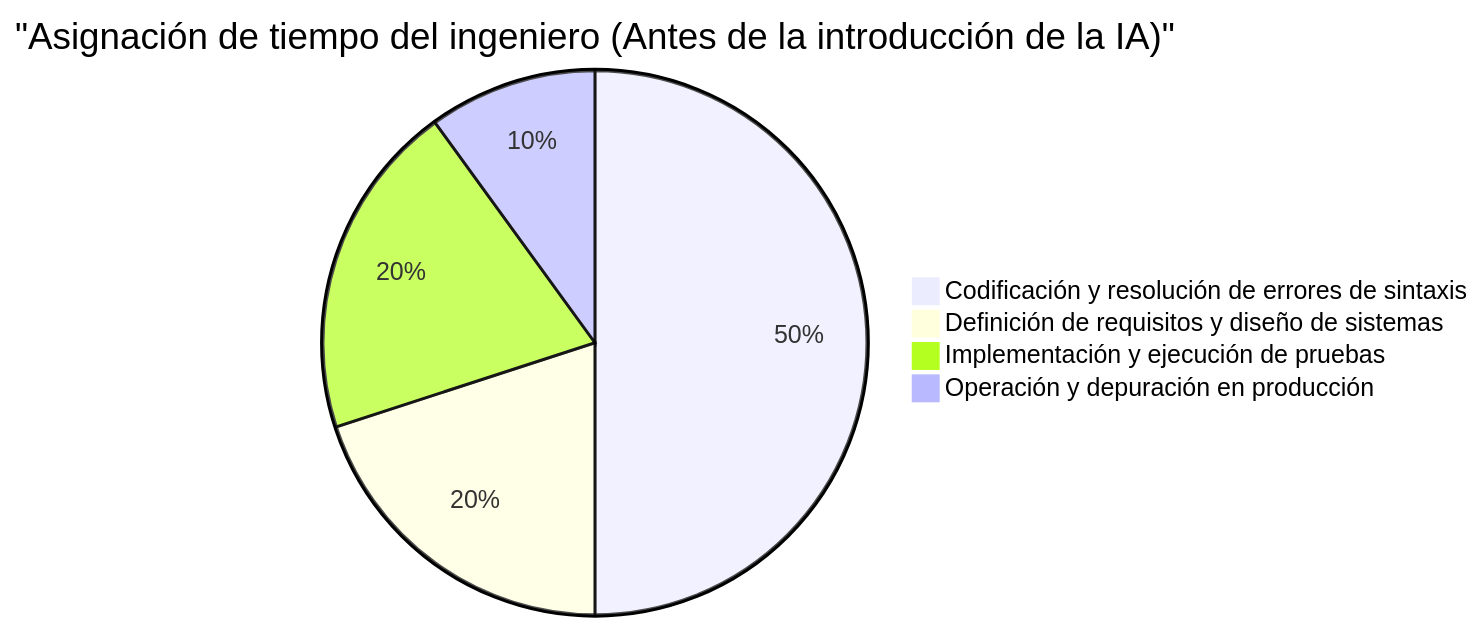
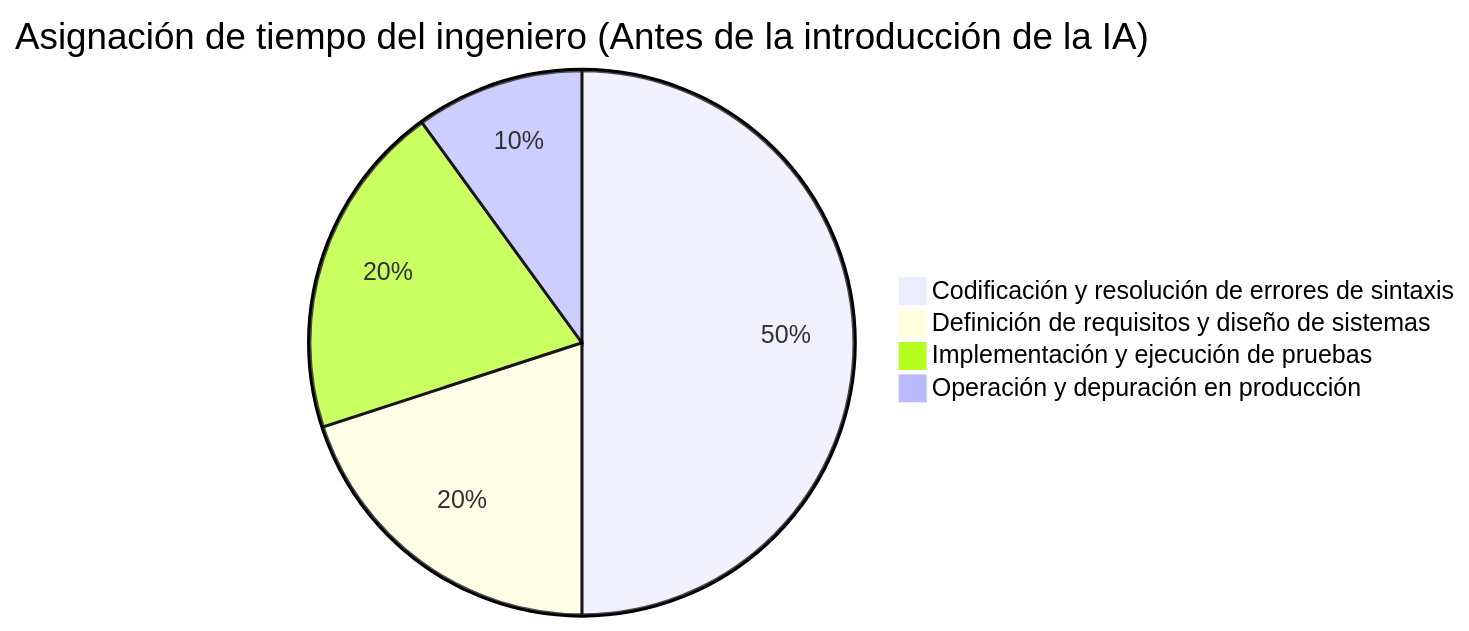
One commit to kenjinote/blog changed the third of 4 diagrams in content/post/human_engineer_skills/index.es.md. Above: the diagram before and after it, drawn with Mermaid. The commit also changed other lines of this file and 703 other files, not shown here.

Commit message:
Fix: Remove quotes from Mermaid link texts and timeline definitions to support Mermaid 11.4.1

````diff
--- a/content/post/human_engineer_skills/index.es.md
+++ b/content/post/human_engineer_skills/index.es.md
@@ -182,7 +182,7 @@
 ```mermaid
-pie title "Asignación de tiempo del ingeniero (Antes de la introducción de la IA)"
+pie title Asignación de tiempo del ingeniero (Antes de la introducción de la IA)
   "Codificación y resolución de errores de sintaxis": 50
   "Definición de requisitos y diseño de sistemas": 20
   "Implementación y ejecución de pruebas": 20
   "Operación y depuración en producción": 10
 ```
````
